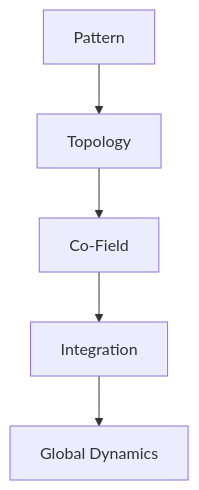
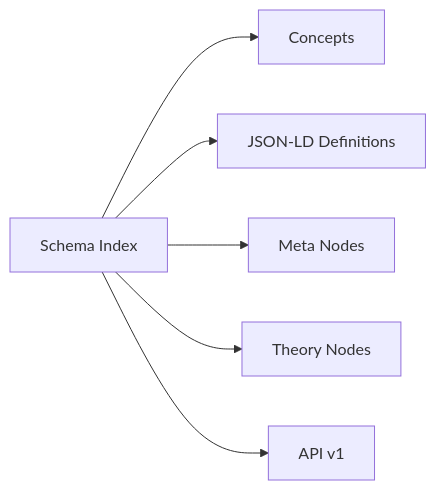
Before and after one commit to supertedai/energyflow-cosmology: the seventh of 8 diagrams in META-MAP.md, drawn with Mermaid. The commit also changed other lines of this file, not shown here.

````diff
--- a/META-MAP.md
+++ b/META-MAP.md
@@ -10,7 +206,9 @@
 ```mermaid
-flowchart TD
-    A[Pattern] --> B[Topology]
-    B --> C[Co-Field]
-    C --> D[Integration]
-    D --> E[Global Dynamics]
+flowchart LR
+
+SC1[Schema Index] --> SC2[Concepts]
+SC1 --> SC3[JSON-LD Definitions]
+SC1 --> SC4[Meta Nodes]
+SC1 --> SC5[Theory Nodes]
+SC1 --> SC6[API v1]
 ```
````
